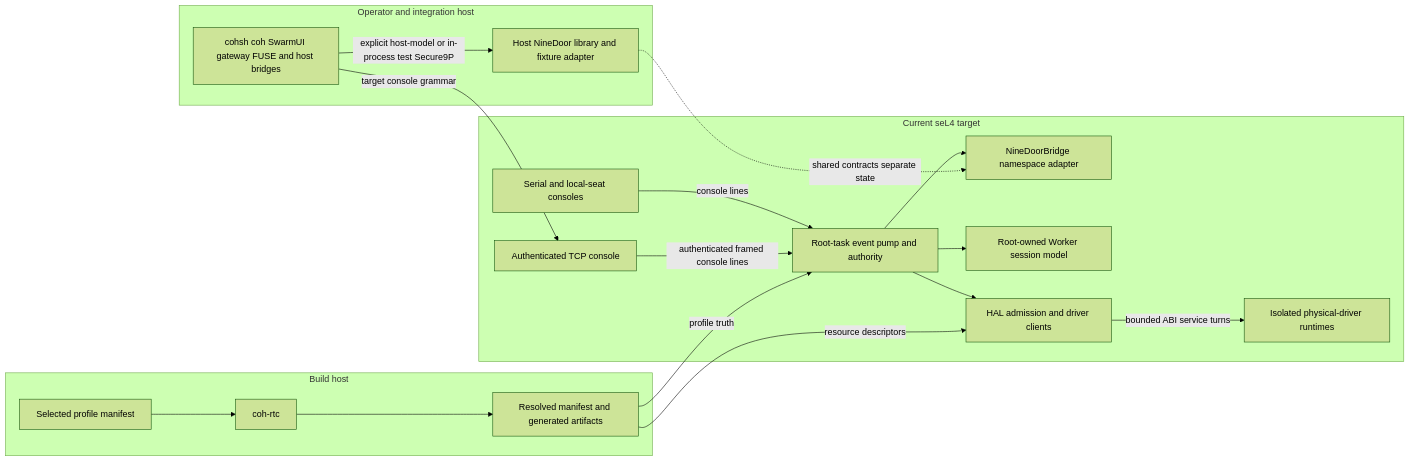
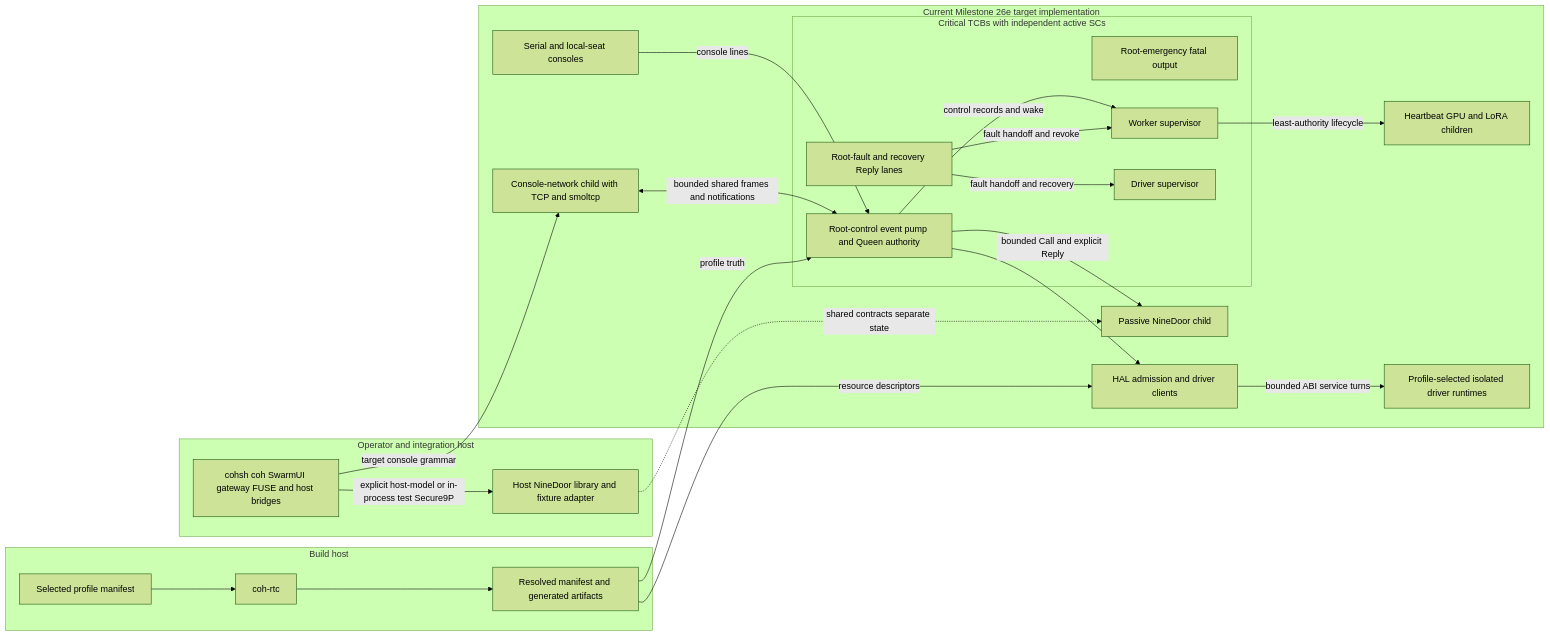
The first of 4 diagrams in docs/ARCHITECTURE.md (lukeb-aidev/cohesix), drawn with Mermaid (forest theme) before and after one commit. The commit also changed other lines of this file and 299 other files, not shown here.

````diff
--- a/docs/ARCHITECTURE.md
+++ b/docs/ARCHITECTURE.md
@@ -138,37 +142,46 @@
 ```mermaid
 flowchart LR
   subgraph BuildHost[Build host]
     Manifest[Selected profile manifest]
     Compiler[coh-rtc]
     Generated[Resolved manifest and generated artifacts]
     Manifest --> Compiler --> Generated
   end
 
   subgraph OperatorHost[Operator and integration host]
     HostClients[cohsh coh SwarmUI gateway FUSE and host bridges]
     HostNineDoor[Host NineDoor library and fixture adapter]
     HostClients -->|explicit host-model or in-process test Secure9P| HostNineDoor
   end
 
-  subgraph Target[Current seL4 target]
+  subgraph Target[Current Milestone 26e target implementation]
     Serial[Serial and local-seat consoles]
-    Tcp[Authenticated TCP console]
-    EventPump[Root-task event pump and authority]
-    Bridge[NineDoorBridge namespace adapter]
-    WorkerModel[Root-owned Worker session model]
+    subgraph Critical[Critical TCBs with independent active SCs]
+      EventPump[Root-control event pump and Queen authority]
+      RootFault[Root-fault and recovery Reply lanes]
+      Emergency[Root-emergency fatal output]
+      WorkerSupervisor[Worker supervisor]
+      DriverSupervisor[Driver supervisor]
+    end
+    ConsoleChild[Console-network child with TCP and smoltcp]
+    NineDoorChild[Passive NineDoor child]
+    Workers[Heartbeat GPU and LoRA children]
     Hal[HAL admission and driver clients]
-    Drivers[Isolated physical-driver runtimes]
+    Drivers[Profile-selected isolated driver runtimes]
 
     Serial -->|console lines| EventPump
-    Tcp -->|authenticated framed console lines| EventPump
-    EventPump --> Bridge
-    EventPump --> WorkerModel
+    ConsoleChild <-->|bounded shared frames and notifications| EventPump
+    EventPump -->|bounded Call and explicit Reply| NineDoorChild
+    EventPump -->|control records and wake| WorkerSupervisor
+    RootFault -->|fault handoff and revoke| WorkerSupervisor
+    WorkerSupervisor -->|least-authority lifecycle| Workers
+    RootFault -->|fault handoff and recovery| DriverSupervisor
     EventPump --> Hal
     Hal -->|bounded ABI service turns| Drivers
   end
 
   Generated -->|profile truth| EventPump
   Generated -->|resource descriptors| Hal
-  HostClients -->|target console grammar| Tcp
-  HostNineDoor -.->|shared contracts separate state| Bridge
+  HostClients -->|target console grammar| ConsoleChild
+  HostNineDoor -.->|shared contracts separate state| NineDoorChild
 ```
````
